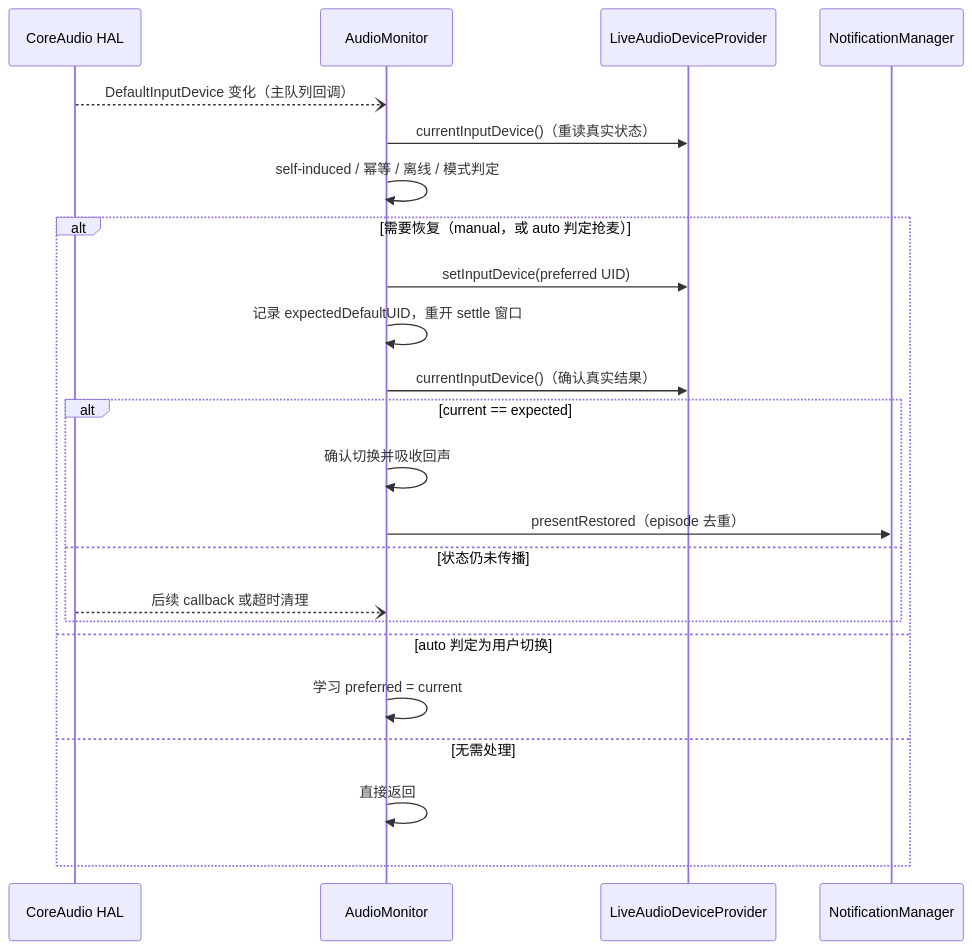
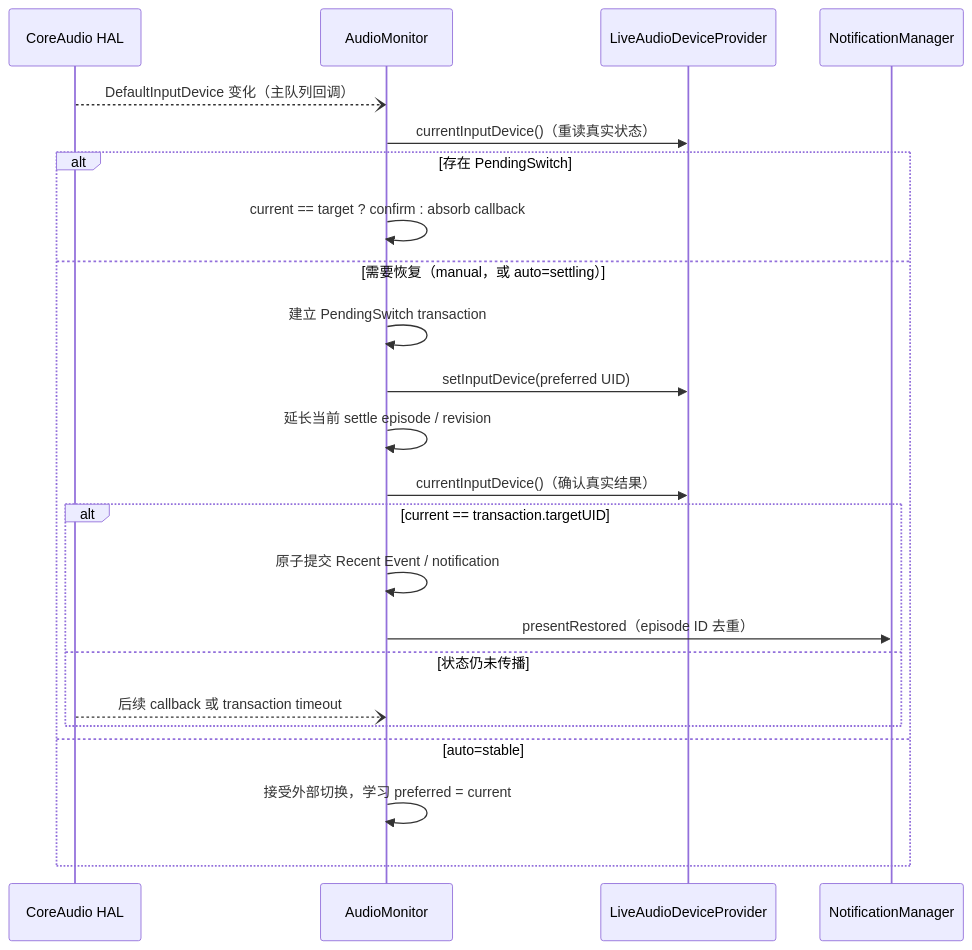
The second of 2 diagrams in docs/architecture.md (Forgo7ten/MicLock), drawn with Mermaid before and after one commit. The commit also changed other lines of this file and 3 other files, not shown here.

````diff
--- a/docs/architecture.md
+++ b/docs/architecture.md
@@ -93,26 +95,26 @@
 ```mermaid
 sequenceDiagram
     participant HAL as CoreAudio HAL
     participant AM as AudioMonitor
     participant P as LiveAudioDeviceProvider
     participant N as NotificationManager
 
     HAL--)AM: DefaultInputDevice 变化（主队列回调）
     AM->>P: currentInputDevice()（重读真实状态）
-    AM->>AM: self-induced / 幂等 / 离线 / 模式判定
-    alt 需要恢复（manual，或 auto 判定抢麦）
+    alt 存在 PendingSwitch
+        AM->>AM: current == target ? confirm : absorb callback
+    else 需要恢复（manual，或 auto=settling）
+        AM->>AM: 建立 PendingSwitch transaction
         AM->>P: setInputDevice(preferred UID)
-        AM->>AM: 记录 expectedDefaultUID，重开 settle 窗口
+        AM->>AM: 延长当前 settle episode / revision
         AM->>P: currentInputDevice()（确认真实结果）
-        alt current == expected
-            AM->>AM: 确认切换并吸收回声
-            AM->>N: presentRestored（episode 去重）
+        alt current == transaction.targetUID
+            AM->>AM: 原子提交 Recent Event / notification
+            AM->>N: presentRestored（episode ID 去重）
         else 状态仍未传播
-            HAL--)AM: 后续 callback 或超时清理
+            HAL--)AM: 后续 callback 或 transaction timeout
         end
-    else auto 判定为用户切换
-        AM->>AM: 学习 preferred = current
-    else 无需处理
-        AM->>AM: 直接返回
+    else auto=stable
+        AM->>AM: 接受外部切换，学习 preferred = current
     end
 ```
````
